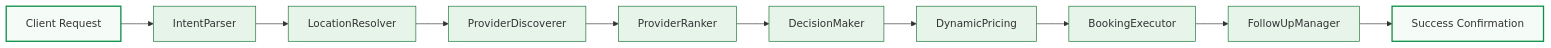
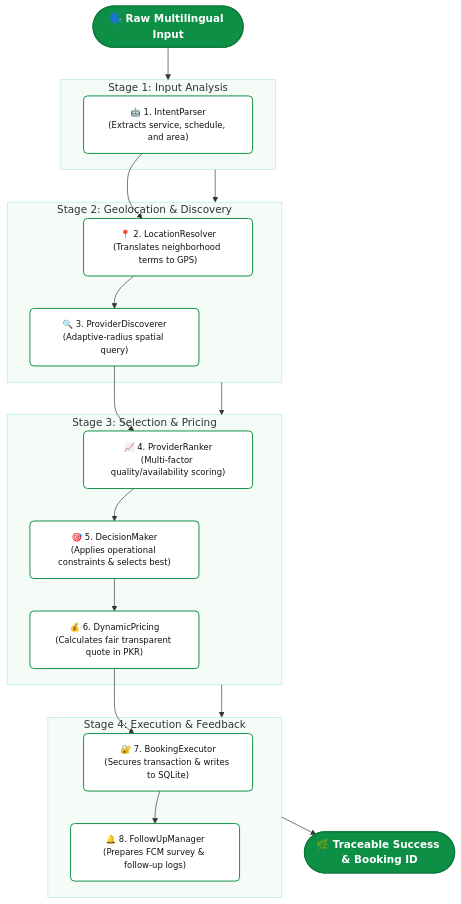
One commit to Asad101001/AntigravityHackathon changed the diagram in README.md. Above: the diagram before and after it, drawn with Mermaid. The commit also changed 2 other files, not shown here.

Commit message:
docs: overhaul pipeline diagrams and resolve broken banner image

````diff
--- a/README.md
+++ b/README.md
@@ -43,23 +43,54 @@
 ```mermaid
-flowchart LR
-    A[Client Request] --> B[IntentParser]
-    B --> C[LocationResolver]
-    C --> D[ProviderDiscoverer]
-    D --> E[ProviderRanker]
-    E --> F[DecisionMaker]
-    F --> G[DynamicPricing]
-    G --> H[BookingExecutor]
-    H --> I[FollowUpManager]
-    I --> J[Success Confirmation]
+flowchart TD
+    %% Theme Definitions
+    classDef mainBound fill:#0E8F46,stroke:#0C7A3C,stroke-width:2px,color:#FFFFFF,font-weight:bold,rx:8px,ry:8px;
+    classDef agentBox fill:#FFFFFF,stroke:#0E8F46,stroke-width:1.5px,color:#111111,font-size:13px,rx:6px,ry:6px;
+    classDef stageGroup fill:#F5FBF7,stroke:#A7F3D0,stroke-width:1.5px,color:#065F46,font-weight:bold;
+
+    %% Nodes
+    A([🗣️ Raw Multilingual Input]):::mainBound
     
-    style A fill:#F5FBF7,stroke:#0E8F46,stroke-width:2px
-    style J fill:#F5FBF7,stroke:#0E8F46,stroke-width:2px
-    style B fill:#E6F4EA,stroke:#137333
-    style C fill:#E6F4EA,stroke:#137333
-    style D fill:#E6F4EA,stroke:#137333
-    style E fill:#E6F4EA,stroke:#137333
-    style F fill:#E6F4EA,stroke:#137333
-    style G fill:#E6F4EA,stroke:#137333
-    style H fill:#E6F4EA,stroke:#137333
-    style I fill:#E6F4EA,stroke:#137333
+    subgraph Stage1 ["Stage 1: Input Analysis"]
+        B["🤖 1. IntentParser<br>(Extracts service, schedule, and area)"]:::agentBox
+    end
+    
+    subgraph Stage2 ["Stage 2: Geolocation & Discovery"]
+        C["📍 2. LocationResolver<br>(Translates neighborhood terms to GPS)"]:::agentBox
+        D["🔍 3. ProviderDiscoverer<br>(Adaptive-radius spatial query)"]:::agentBox
+    end
+    
+    subgraph Stage3 ["Stage 3: Selection & Pricing"]
+        E["📈 4. ProviderRanker<br>(Multi-factor quality/availability scoring)"]:::agentBox
+        F["🎯 5. DecisionMaker<br>(Applies operational constraints & selects best)"]:::agentBox
+        G["💰 6. DynamicPricing<br>(Calculates fair transparent quote in PKR)"]:::agentBox
+    end
+    
+    subgraph Stage4 ["Stage 4: Execution & Feedback"]
+        H["🔐 7. BookingExecutor<br>(Secures transaction & writes to SQLite)"]:::agentBox
+        I["🔔 8. FollowUpManager<br>(Prepares FCM survey & follow-up logs)"]:::agentBox
+    end
+    
+    J([🌿 Traceable Success & Booking ID]):::mainBound
+
+    %% Connections
+    A --> Stage1
+    Stage1 --> Stage2
+    Stage2 --> Stage3
+    Stage3 --> Stage4
+    Stage4 --> J
+
+    %% Sequential pipeline flow inside stages
+    B --> C
+    C --> D
+    D --> E
+    E --> F
+    F --> G
+    G --> H
+    H --> I
+
+    %% Apply Stage Group Styles
+    style Stage1 fill:#F5FBF7,stroke:#A7F3D0,stroke-width:1px
+    style Stage2 fill:#F5FBF7,stroke:#A7F3D0,stroke-width:1px
+    style Stage3 fill:#F5FBF7,stroke:#A7F3D0,stroke-width:1px
+    style Stage4 fill:#F5FBF7,stroke:#A7F3D0,stroke-width:1px
 ```
````
